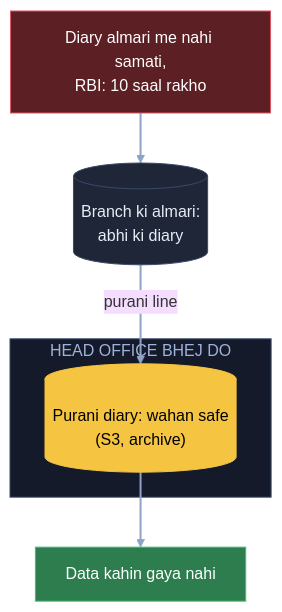
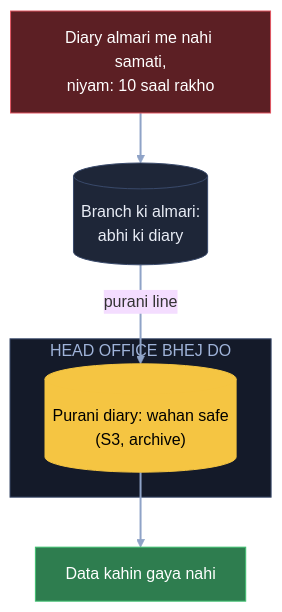
Diagram 12 of 20 in 04_HLD/SYSTEM_DESIGNS/13_banking_system/13_banking_system.md (ArpanMaheshwari144/Prep), drawn with Mermaid (base theme) before and after one commit. The commit also changed other lines of this file and 16 other files, not shown here.

````diff
--- a/04_HLD/SYSTEM_DESIGNS/13_banking_system/13_banking_system.md
+++ b/04_HLD/SYSTEM_DESIGNS/13_banking_system/13_banking_system.md
@@ -388,18 +388,18 @@
 ```mermaid
 flowchart TB
-    X["Diary almari me nahi samati,<br/>RBI: 10 saal rakho"]:::bad
+    X["Diary almari me nahi samati,<br/>niyam: 10 saal rakho"]:::bad
     B[("Branch ki almari:<br/>abhi ki diary")]:::card
     subgraph HO["HEAD OFFICE BHEJ DO"]
         S3[("Purani diary: wahan safe<br/>(S3, archive)")]:::pill
     end
     OK["Data kahin gaya nahi"]:::good
     X --> B
     B -- "purani line" --> S3
     S3 --> OK
     linkStyle default stroke:#8fa3c7,stroke-width:2px
     classDef card fill:#1e2638,stroke:#3a4a6b,color:#e8ecf5
     classDef pill fill:#f5c542,stroke:#f5c542,color:#000
     classDef good fill:#2e7d4f,stroke:#3fbf6f,color:#fff
     classDef bad fill:#5c1f24,stroke:#e05561,color:#fff
     style HO fill:#141a29,stroke:#3a4a6b,color:#9fb3d9
 ```
````
